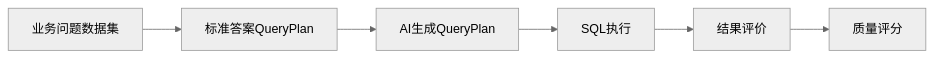
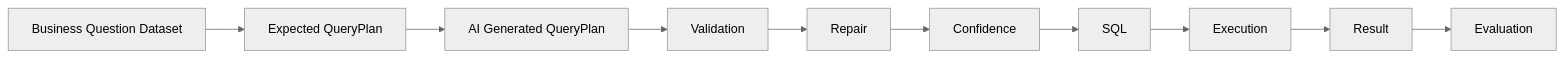
Before and after one commit to wenzhong0606-dev/SuperBuilder_AI: the eighth of 11 diagrams in SuperBulider_AI/wwwroot/Doc/SuperBuilder AI Native BI Phase开发计划.md, drawn with Mermaid (neutral theme). The commit also changed other lines of this file, not shown here.

````diff
--- a/SuperBulider_AI/wwwroot/Doc/SuperBuilder AI Native BI Phase开发计划.md
+++ b/SuperBulider_AI/wwwroot/Doc/SuperBuilder AI Native BI Phase开发计划.md
@@ -1477,33 +2065,41 @@
 ```mermaid
 flowchart LR
 
-
-A[业务问题数据集]
-
+A[Business Question Dataset]
 
 -->
 
-B[标准答案QueryPlan]
-
+B[Expected QueryPlan]
 
 -->
 
-C[AI生成QueryPlan]
-
+C[AI Generated QueryPlan]
 
 -->
 
-D[SQL执行]
-
+D[Validation]
 
 -->
 
-E[结果评价]
-
+E[Repair]
 
 -->
 
-F[质量评分]
+F[Confidence]
 
+-->
 
+G[SQL]
+
+-->
+
+H[Execution]
+
+-->
+
+I[Result]
+
+-->
+
+J[Evaluation]
 ```
````
